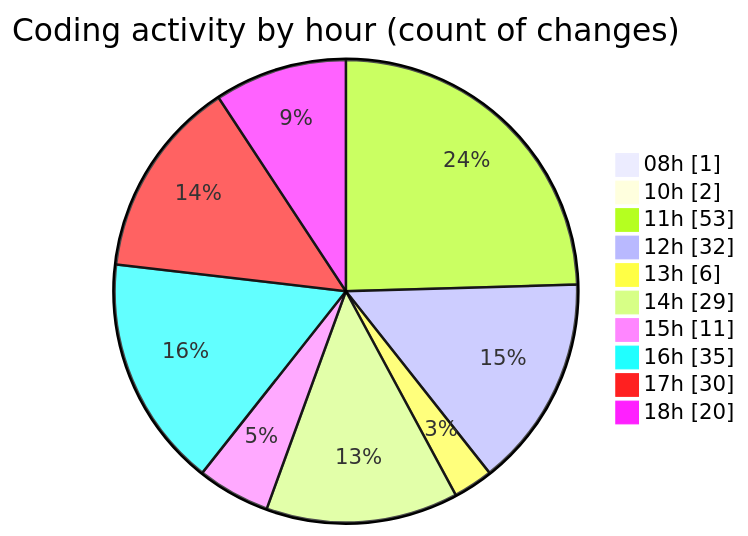
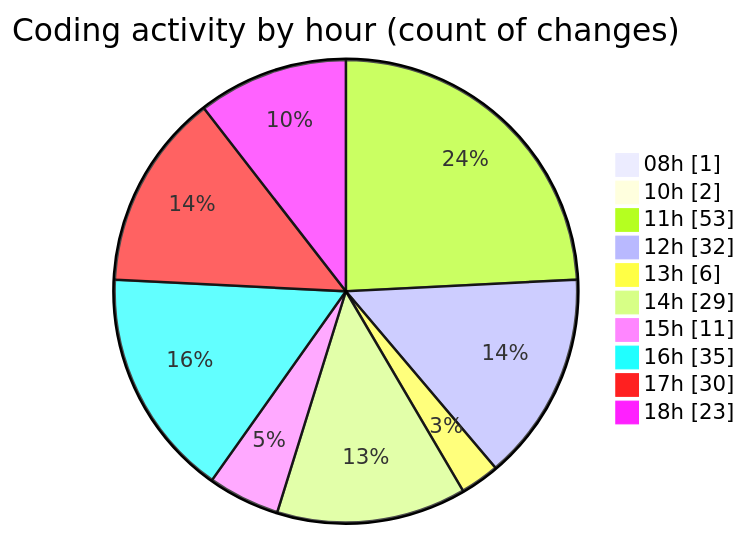
The second of 2 diagrams in 2025-07-03/cda/README.md (momahboobian/code-tracking), drawn with Mermaid before and after one commit. The commit also changed other lines of this file and 1 other file, not shown here.

````diff
--- a/2025-07-03/cda/README.md
+++ b/2025-07-03/cda/README.md
@@ -58,14 +58,14 @@
 ```mermaid
 pie showData
 title Coding activity by hour (count of changes)
 "08h" : 1
 "10h" : 2
 "11h" : 53
 "12h" : 32
 "13h" : 6
 "14h" : 29
 "15h" : 11
 "16h" : 35
 "17h" : 30
-"18h" : 20
+"18h" : 23
 ```
````
